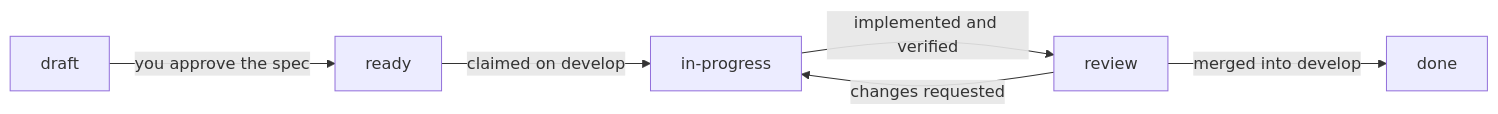
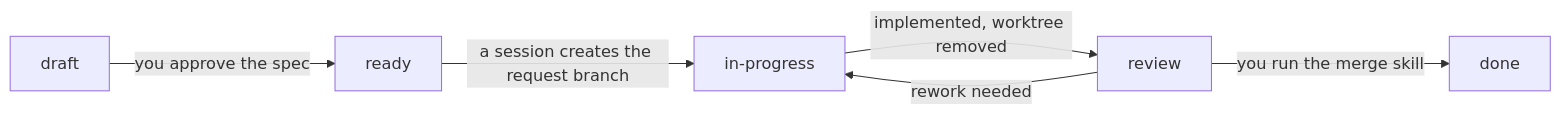
One commit to initialapex/ss-workflow changed the diagram in README.md. Above: the diagram before and after it, drawn with Mermaid. The commit also changed other lines of this file and 3 other files, not shown here.

First line of the commit message:
docs: describe the revised flow and the review skill

````diff
--- a/README.md
+++ b/README.md
@@ -29,8 +34,8 @@
 ```mermaid
 flowchart LR
     draft -->|you approve the spec| ready
-    ready -->|claimed on develop| in-progress
-    in-progress -->|implemented and verified| review
-    review -->|changes requested| in-progress
-    review -->|merged into develop| done
+    ready -->|a session creates the request branch| in-progress
+    in-progress -->|implemented, worktree removed| review
+    review -->|rework needed| in-progress
+    review -->|you run the merge skill| done
 ```
````
